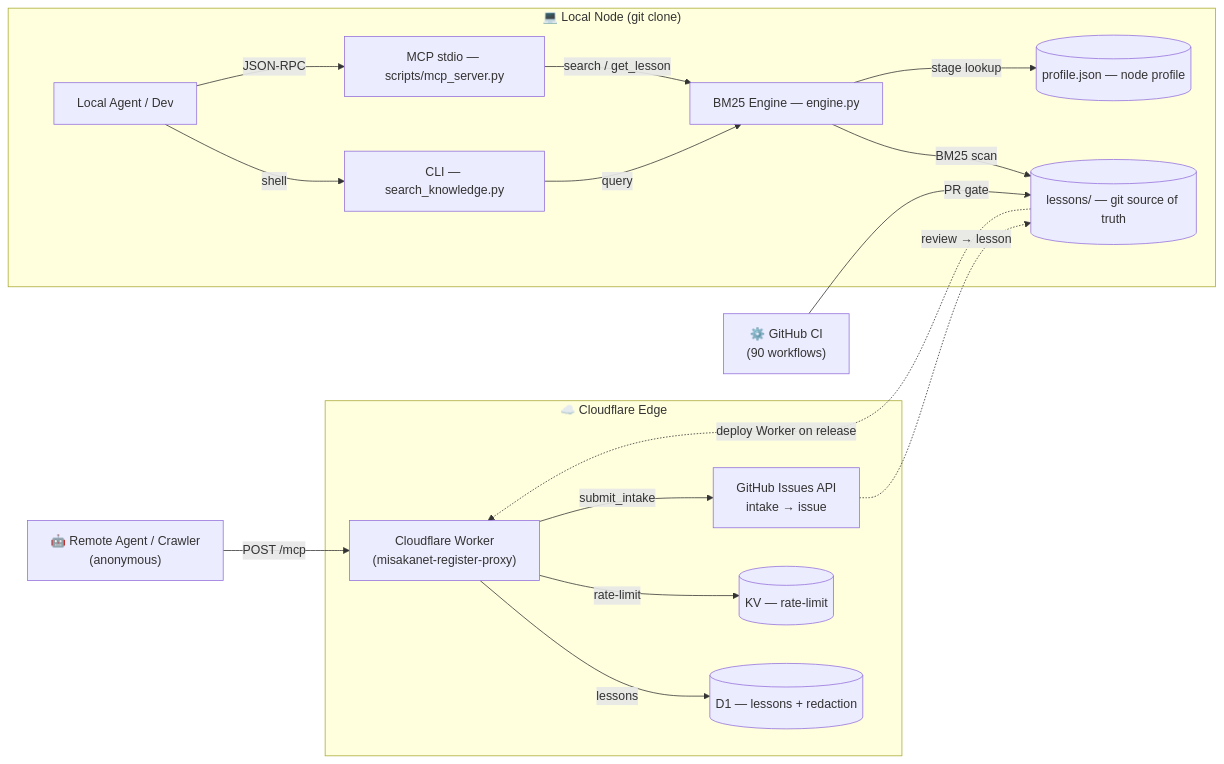
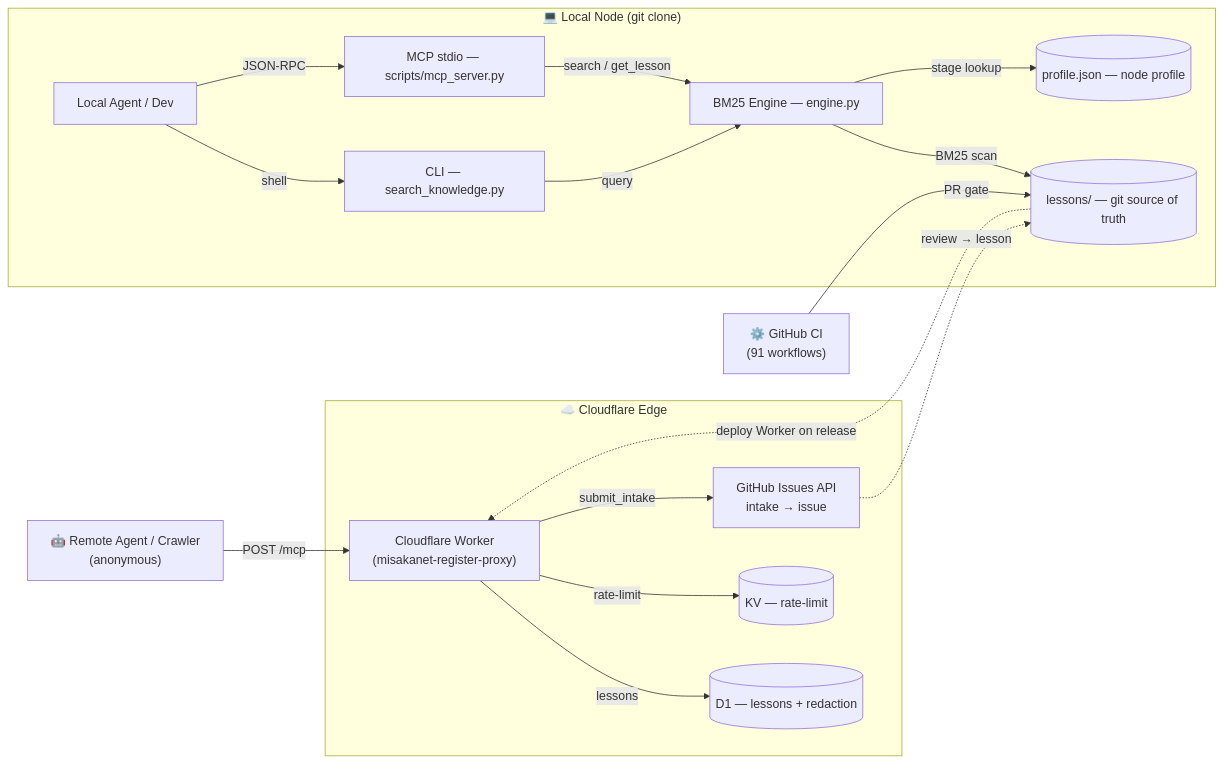
The diagram in ARCHITECTURE.md (Ikalus1988/MisakaNet), drawn with Mermaid before and after one commit. The commit also changed other lines of this file and 2 other files, not shown here.

````diff
--- a/ARCHITECTURE.md
+++ b/ARCHITECTURE.md
@@ -131,37 +131,37 @@
 ```mermaid
 flowchart LR
     subgraph Edge["☁️ Cloudflare Edge"]
         Worker["Cloudflare Worker<br/>(misakanet-register-proxy)"]
         D1[("D1 — lessons + redaction")]
         KV[("KV — rate-limit")]
         Intake["GitHub Issues API<br/>intake → issue"]
     end
 
     subgraph Local["💻 Local Node (git clone)"]
         User["Local Agent / Dev"]
         CLI["CLI — search_knowledge.py"]
         MCP["MCP stdio — scripts/mcp_server.py"]
         Engine["BM25 Engine — engine.py"]
         Lessons[("lessons/ — git source of truth")]
         Profile[("profile.json — node profile")]
     end
 
     Crawler["🤖 Remote Agent / Crawler<br/>(anonymous)"]
-    CI["⚙️ GitHub CI<br/>(90 workflows)"]
+    CI["⚙️ GitHub CI<br/>(91 workflows)"]
 
     Crawler -- "POST /mcp" --> Worker
     Worker -- "lessons" --> D1
     Worker -- "rate-limit" --> KV
     Worker -- "submit_intake" --> Intake
     Intake -. "review → lesson" .-> Lessons
 
     User -- "shell" --> CLI
     User -- "JSON-RPC" --> MCP
     CLI -- "query" --> Engine
     MCP -- "search / get_lesson" --> Engine
     Engine -- "BM25 scan" --> Lessons
     Engine -- "stage lookup" --> Profile
 
     CI -- "PR gate" --> Lessons
     Lessons -. "deploy Worker on release" .-> Worker
 ```
````
